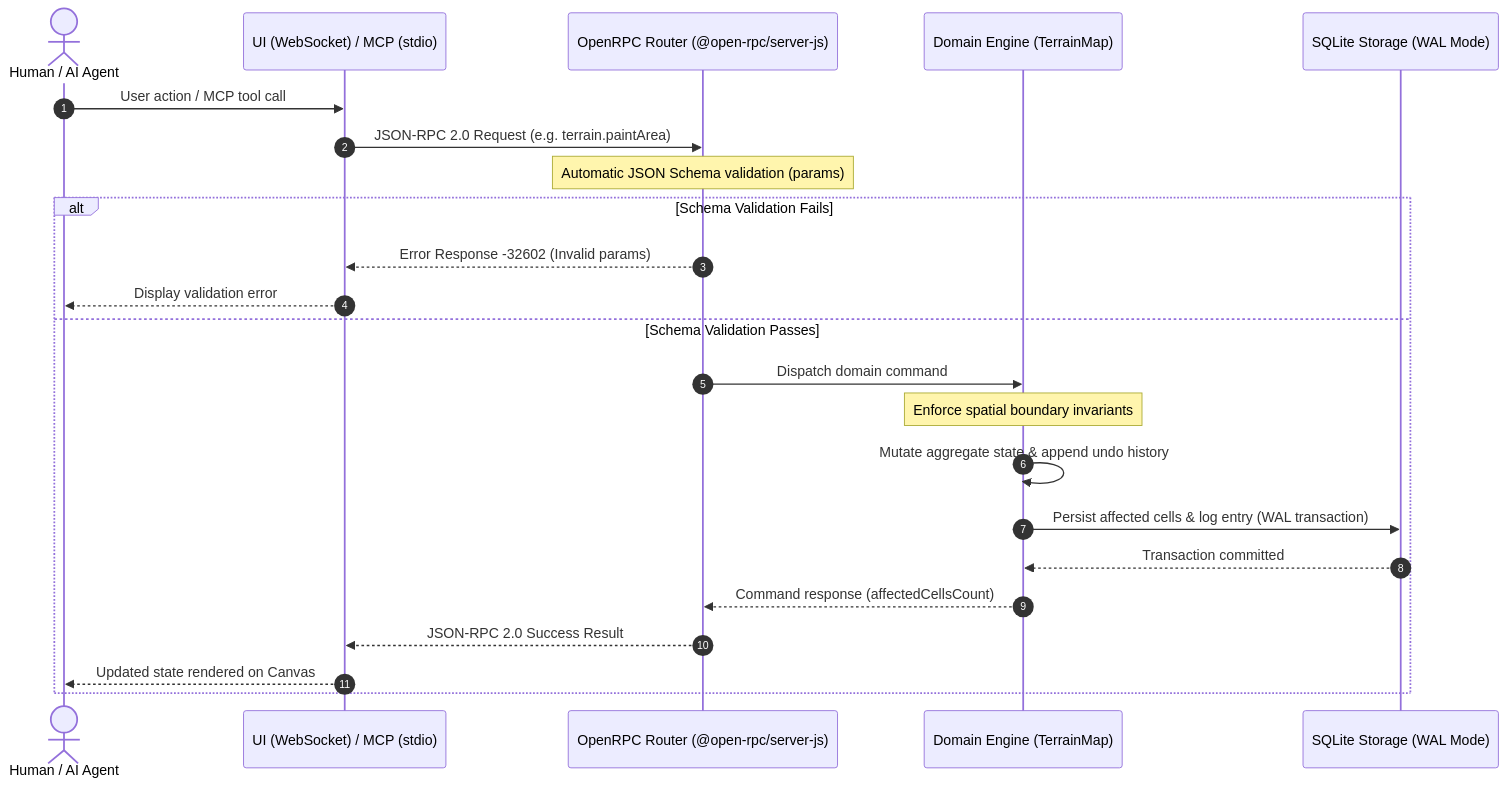
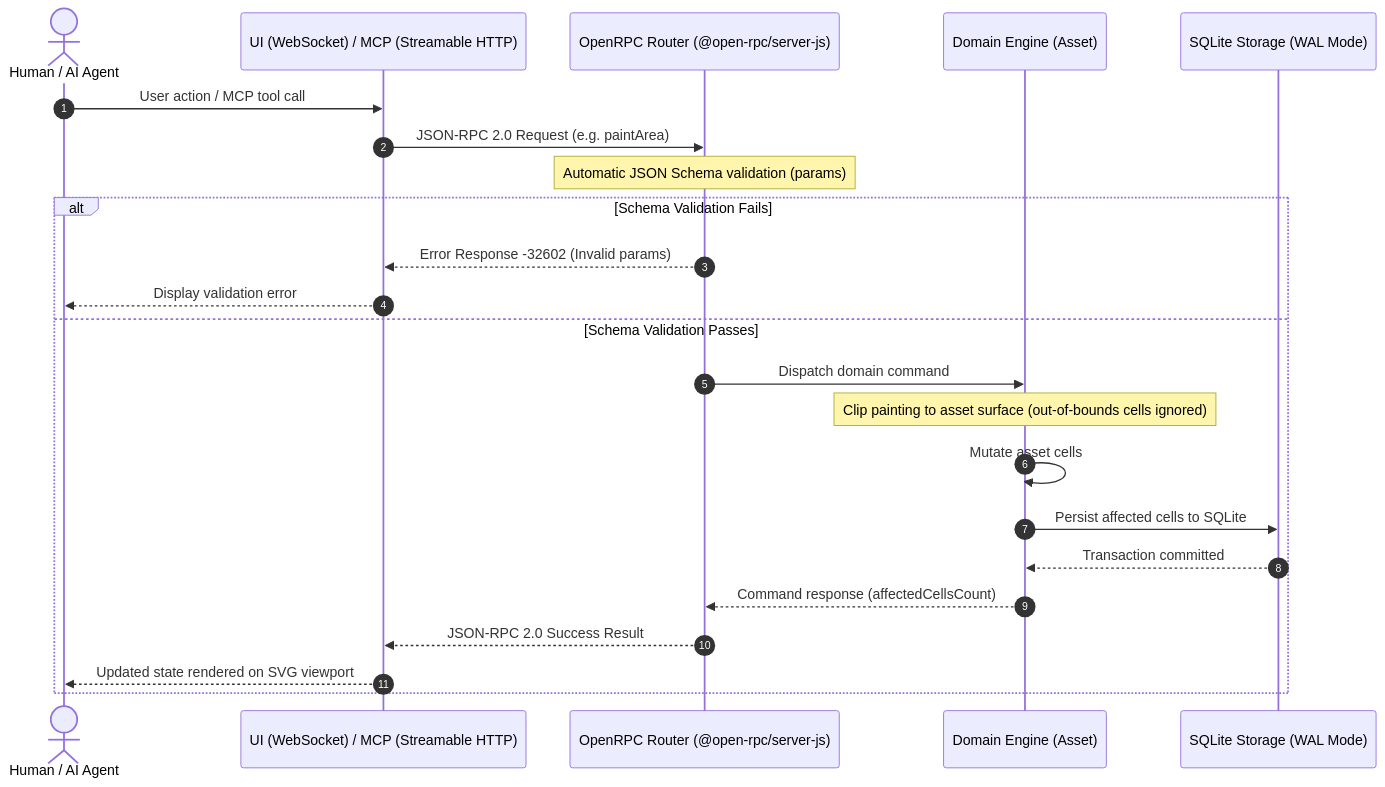
Before and after one commit to alexandremenif/brick-wargame-terrain-studio: the diagram in specs/architecture/data_flows.md, drawn with Mermaid. The commit also changed 15 other files, not shown here.

Commit message:
spec: refine domain and API specifications with Vector type, generic UpdateAsset, GetAsset, DeleteAsset, and transient bounding box

````diff
--- a/specs/architecture/data_flows.md
+++ b/specs/architecture/data_flows.md
@@ -9,26 +9,26 @@
 ```mermaid
 sequenceDiagram
   autonumber
   actor User as Human / AI Agent
-  participant Adapter as UI (WebSocket) / MCP (stdio)
+  participant Adapter as UI (WebSocket) / MCP (Streamable HTTP)
   participant Router as OpenRPC Router (@open-rpc/server-js)
-  participant Domain as Domain Engine (TerrainMap)
+  participant Domain as Domain Engine (Asset)
   participant Store as SQLite Storage (WAL Mode)
 
   User->>Adapter: User action / MCP tool call
-  Adapter->>Router: JSON-RPC 2.0 Request (e.g. terrain.paintArea)
+  Adapter->>Router: JSON-RPC 2.0 Request (e.g. paintArea)
   Note over Router: Automatic JSON Schema validation (params)
   alt Schema Validation Fails
     Router-->>Adapter: Error Response -32602 (Invalid params)
     Adapter-->>User: Display validation error
   else Schema Validation Passes
     Router->>Domain: Dispatch domain command
-    Note over Domain: Enforce spatial boundary invariants
-    Domain->>Domain: Mutate aggregate state & append undo history
-    Domain->>Store: Persist affected cells & log entry (WAL transaction)
+    Note over Domain: Clip painting to asset surface (out-of-bounds cells ignored)
+    Domain->>Domain: Mutate asset cells
+    Domain->>Store: Persist affected cells to SQLite
     Store-->>Domain: Transaction committed
     Domain-->>Router: Command response (affectedCellsCount)
     Router-->>Adapter: JSON-RPC 2.0 Success Result
-    Adapter-->>User: Updated state rendered on Canvas
+    Adapter-->>User: Updated state rendered on SVG viewport
   end
 ```
````
